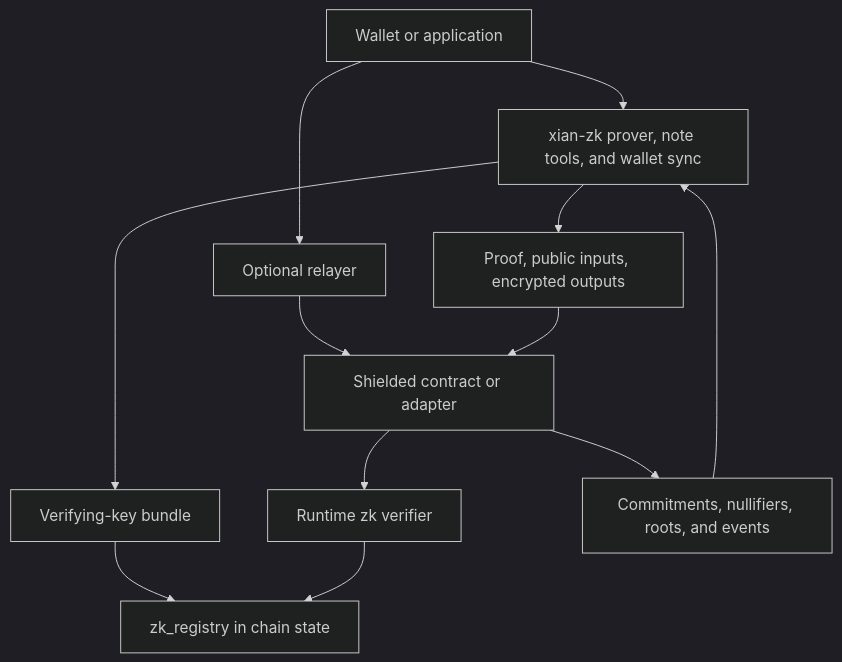
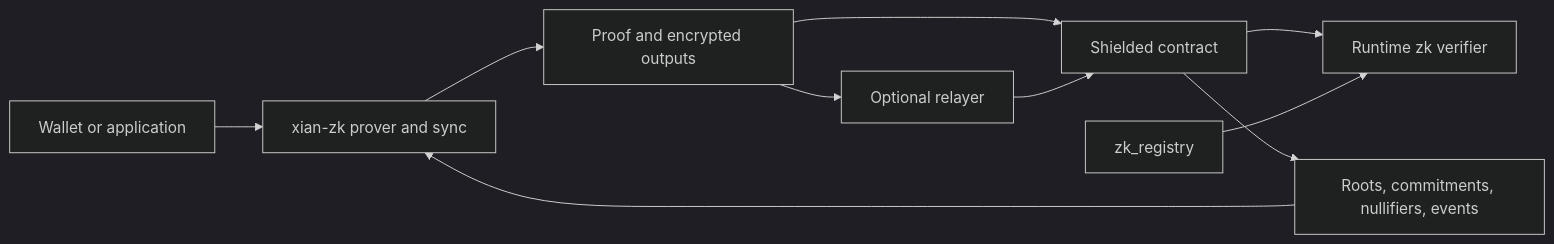
Before and after one commit to xian-technology/xian-docs-web: the diagram in concepts/shielded-zk-stack.md, drawn with Mermaid (dark theme). The commit also changed other lines of this file and 77 other files, not shown here.

````diff
--- a/concepts/shielded-zk-stack.md
+++ b/concepts/shielded-zk-stack.md
@@ -19,24 +14,12 @@
 ```mermaid
-flowchart TD
-  Wallet["Wallet or application"]
-  Toolkit["xian-zk prover, note tools, and wallet sync"]
-  Bundle["Verifying-key bundle"]
-  Registry["zk_registry in chain state"]
-  Proof["Proof, public inputs, encrypted outputs"]
-  Relayer["Optional relayer"]
-  Contract["Shielded contract or adapter"]
-  Verifier["Runtime zk verifier"]
-  State["Commitments, nullifiers, roots, and events"]
-
-  Wallet --> Toolkit
-  Toolkit --> Bundle
-  Bundle --> Registry
-  Toolkit --> Proof
-  Wallet --> Relayer
+flowchart LR
+  Wallet["Wallet or application"] --> Toolkit["xian-zk prover and sync"]
+  Toolkit --> Proof["Proof and encrypted outputs"]
+  Proof --> Relayer["Optional relayer"]
+  Proof --> Contract["Shielded contract"]
   Relayer --> Contract
-  Proof --> Contract
-  Contract --> Verifier
-  Verifier --> Registry
-  Contract --> State
+  Contract --> Verifier["Runtime zk verifier"]
+  Registry["zk_registry"] --> Verifier
+  Contract --> State["Roots, commitments, nullifiers, events"]
   State --> Toolkit
 ```
````
